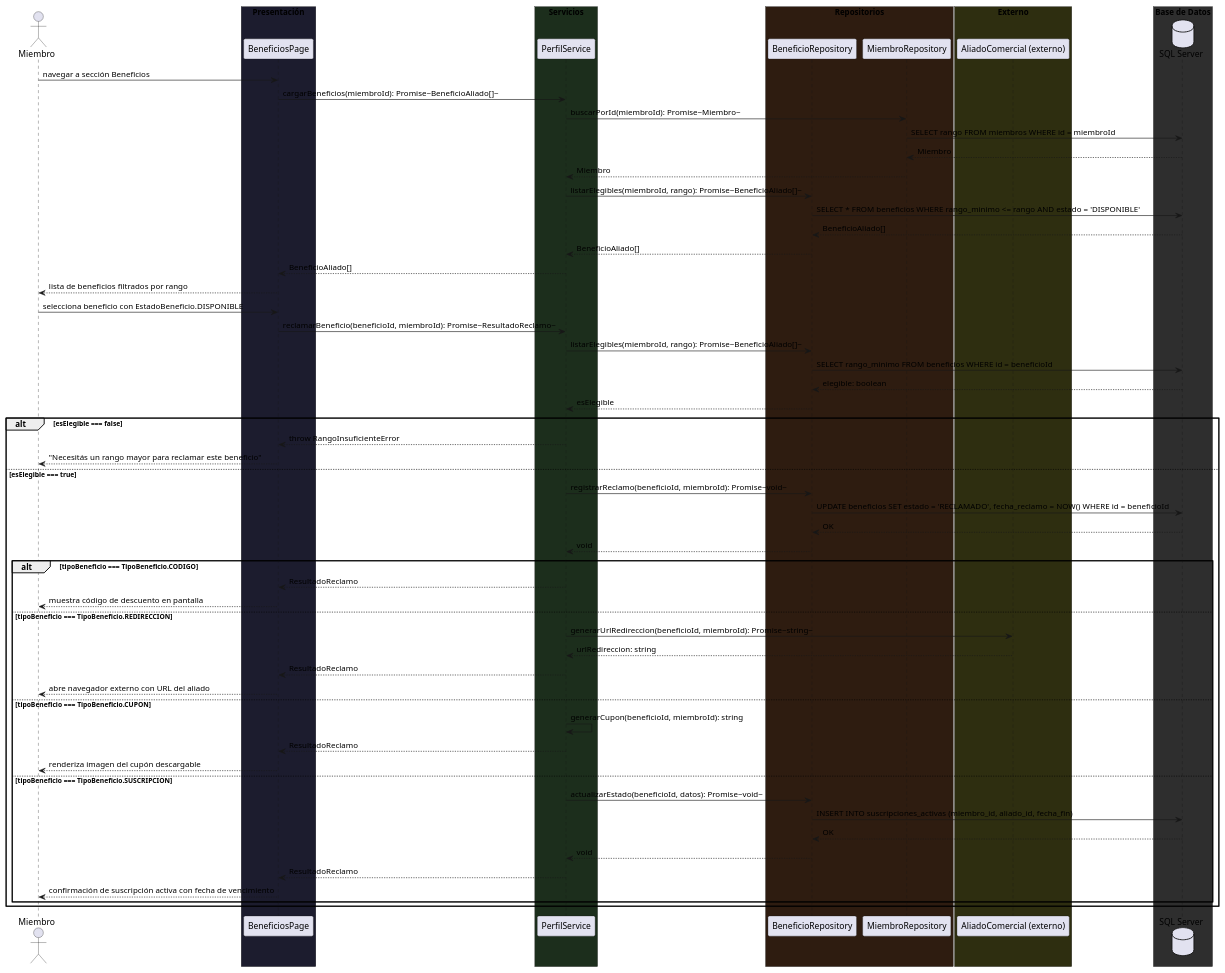
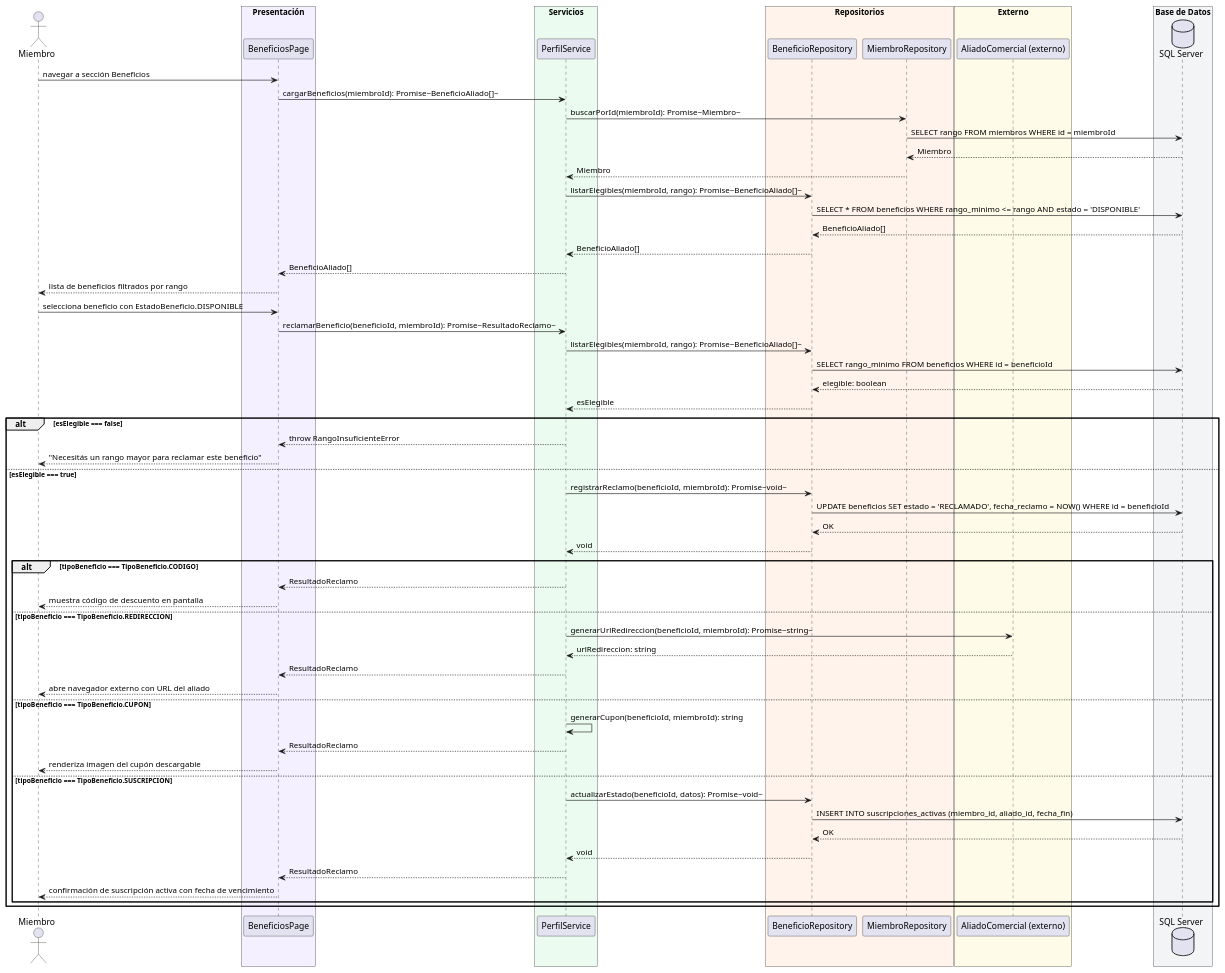
One commit to nicolassepulveda13/SAP changed the sixth of 7 diagrams in silverback/docs/secuencias-cu005.md. Above: the diagram before and after it, drawn with PlantUML. The commit also changed other lines of this file and 9 other files, not shown here.

First line of the commit message:
docs: diagrama de clases en 5 capas (general + uno por capa) y colores claros en secuencias

````diff
--- a/silverback/docs/secuencias-cu005.md
+++ b/silverback/docs/secuencias-cu005.md
@@ -287,79 +287,79 @@
 ```plantuml
 @startuml CU-005-006
 
 actor Miembro
 
-box "Presentación" #1C1C2E
+box "Presentación" #F5F0FF
   participant "BeneficiosPage" as Page
 end box
 
-box "Servicios" #1C2E1C
+box "Servicios" #EBFBF0
   participant "PerfilService" as Svc
 end box
 
-box "Repositorios" #2E1C10
+box "Repositorios" #FFF3EB
   participant "BeneficioRepository" as BeneficioRepo
   participant "MiembroRepository" as MiembroRepo
 end box
 
-box "Externo" #2E2E10
+box "Externo" #FEFCE8
   participant "AliadoComercial (externo)" as Aliado
 end box
 
-box "Base de Datos" #2E2E2E
+box "Base de Datos" #F3F4F6
   database "SQL Server" as DB
 end box
 
 Miembro -> Page: navegar a sección Beneficios
 Page -> Svc: cargarBeneficios(miembroId): Promise~BeneficioAliado[]~
 Svc -> MiembroRepo: buscarPorId(miembroId): Promise~Miembro~
 MiembroRepo -> DB: SELECT rango FROM miembros WHERE id = miembroId
 DB --> MiembroRepo: Miembro
 MiembroRepo --> Svc: Miembro
 Svc -> BeneficioRepo: listarElegibles(miembroId, rango): Promise~BeneficioAliado[]~
 BeneficioRepo -> DB: SELECT * FROM beneficios WHERE rango_minimo <= rango AND estado = 'DISPONIBLE'
 DB --> BeneficioRepo: BeneficioAliado[]
 BeneficioRepo --> Svc: BeneficioAliado[]
 Svc --> Page: BeneficioAliado[]
 Page --> Miembro: lista de beneficios filtrados por rango
 
 Miembro -> Page: selecciona beneficio con EstadoBeneficio.DISPONIBLE
 Page -> Svc: reclamarBeneficio(beneficioId, miembroId): Promise~ResultadoReclamo~
 Svc -> BeneficioRepo: listarElegibles(miembroId, rango): Promise~BeneficioAliado[]~
 BeneficioRepo -> DB: SELECT rango_minimo FROM beneficios WHERE id = beneficioId
 DB --> BeneficioRepo: elegible: boolean
 BeneficioRepo --> Svc: esElegible
 
 alt esElegible === false
     Svc --> Page: throw RangoInsuficienteError
     Page --> Miembro: "Necesitás un rango mayor para reclamar este beneficio"
 else esElegible === true
     Svc -> BeneficioRepo: registrarReclamo(beneficioId, miembroId): Promise~void~
     BeneficioRepo -> DB: UPDATE beneficios SET estado = 'RECLAMADO', fecha_reclamo = NOW() WHERE id = beneficioId
     DB --> BeneficioRepo: OK
     BeneficioRepo --> Svc: void
 
     alt tipoBeneficio === TipoBeneficio.CODIGO
         Svc --> Page: ResultadoReclamo
         Page --> Miembro: muestra código de descuento en pantalla
     else tipoBeneficio === TipoBeneficio.REDIRECCION
         Svc -> Aliado: generarUrlRedireccion(beneficioId, miembroId): Promise~string~
         Aliado --> Svc: urlRedireccion: string
         Svc --> Page: ResultadoReclamo
         Page --> Miembro: abre navegador externo con URL del aliado
     else tipoBeneficio === TipoBeneficio.CUPON
         Svc -> Svc: generarCupon(beneficioId, miembroId): string
         Svc --> Page: ResultadoReclamo
         Page --> Miembro: renderiza imagen del cupón descargable
     else tipoBeneficio === TipoBeneficio.SUSCRIPCION
         Svc -> BeneficioRepo: actualizarEstado(beneficioId, datos): Promise~void~
         BeneficioRepo -> DB: INSERT INTO suscripciones_activas (miembro_id, aliado_id, fecha_fin)
         DB --> BeneficioRepo: OK
         BeneficioRepo --> Svc: void
         Svc --> Page: ResultadoReclamo
         Page --> Miembro: confirmación de suscripción activa con fecha de vencimiento
     end
 end
 
 @enduml
 ```
````
